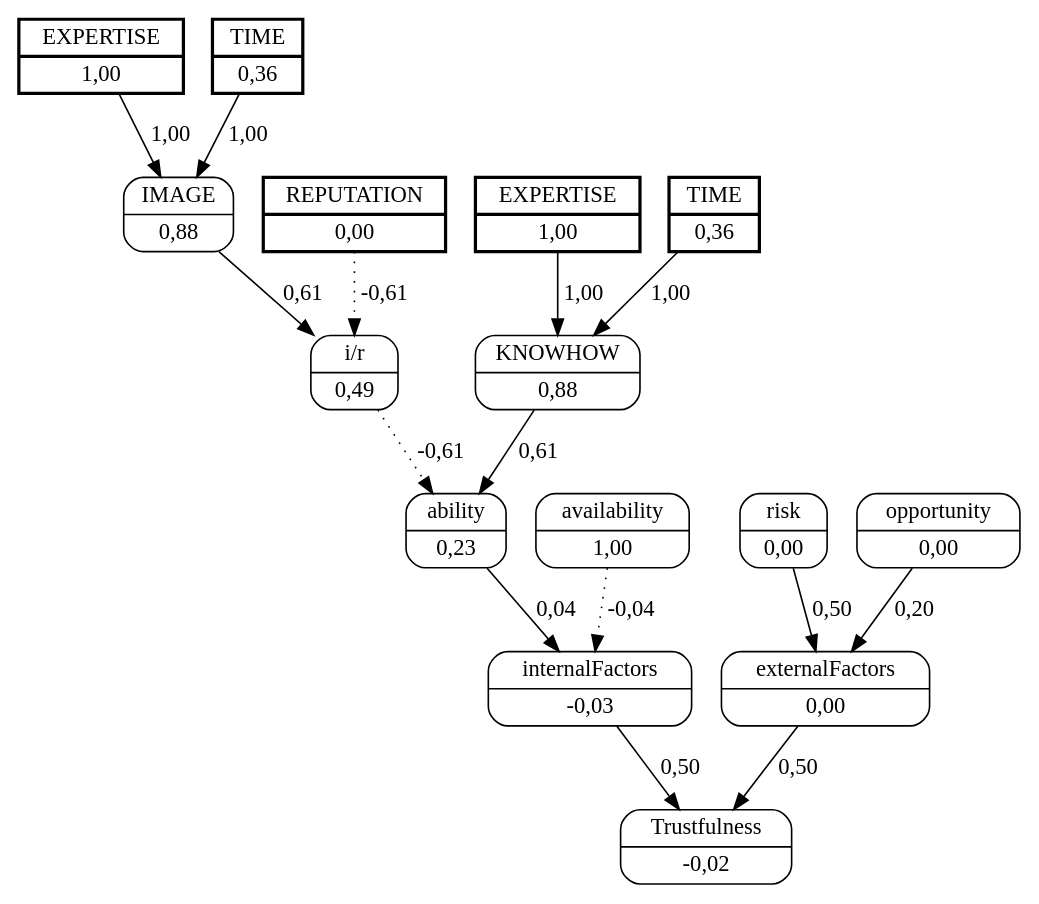
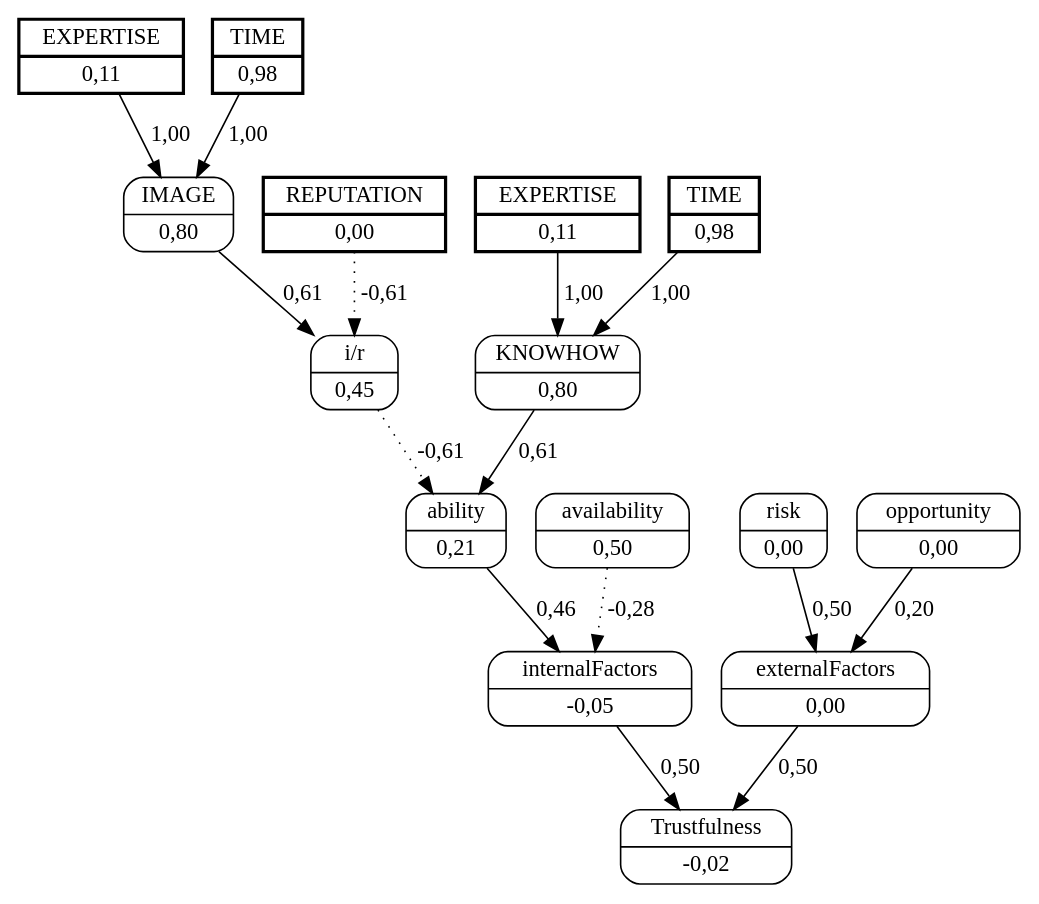
One commit to jjbaqueta/unload_experiment changed the diagram in unload_boxes/dots/worker_2helper_5.dot. Above: the diagram before and after it, drawn with Graphviz. The commit also changed 297 other files, not shown here.

```diff
--- a/unload_boxes/dots/worker_2helper_5.dot
+++ b/unload_boxes/dots/worker_2helper_5.dot
@@ -1,34 +1,34 @@
 digraph FCM_net{
 	node [shape=record, style=rounded]
-	11 [label="{EXPERTISE | 1,00}", style=bold, penwidth=2, peripheries=2];
-	12 [label="{TIME | 0,36}", style=bold, penwidth=2, peripheries=2];
+	11 [label="{EXPERTISE | 0,11}", style=bold, penwidth=2, peripheries=2];
+	12 [label="{TIME | 0,98}", style=bold, penwidth=2, peripheries=2];
 	1 [label="{REPUTATION | 0,00}", style=bold, penwidth=2, peripheries=2];
-	13 [label="{EXPERTISE | 1,00}", style=bold, penwidth=2, peripheries=2];
-	14 [label="{TIME | 0,36}", style=bold, penwidth=2, peripheries=2];
-	0 [label="{IMAGE | 0,88}"];
+	13 [label="{EXPERTISE | 0,11}", style=bold, penwidth=2, peripheries=2];
+	14 [label="{TIME | 0,98}", style=bold, penwidth=2, peripheries=2];
+	0 [label="{IMAGE | 0,80}"];
 	1 [label="{REPUTATION | 0,00}"];
-	2 [label="{KNOWHOW | 0,88}"];
-	3 [label="{i/r | 0,49}"];
-	4 [label="{ability | 0,23}"];
-	5 [label="{availability | 1,00}"];
-	6 [label="{internalFactors | -0,03}"];
+	2 [label="{KNOWHOW | 0,80}"];
+	3 [label="{i/r | 0,45}"];
+	4 [label="{ability | 0,21}"];
+	5 [label="{availability | 0,50}"];
+	6 [label="{internalFactors | -0,05}"];
 	7 [label="{risk | 0,00}"];
 	8 [label="{opportunity | 0,00}"];
 	9 [label="{externalFactors | 0,00}"];
 	10 [label="{Trustfulness | -0,02}"];
-	11 [label="{EXPERTISE | 1,00}"];
+	11 [label="{EXPERTISE | 0,11}"];
 	0 -> 3 [label = "0,61"];
 	1 -> 3 [label = "-0,61", style=dotted];
 	3 -> 4 [label = "-0,61", style=dotted];
 	2 -> 4 [label = "0,61"];
-	4 -> 6 [label = "0,04"];
-	5 -> 6 [label = "-0,04", style=dotted];
+	4 -> 6 [label = "0,46"];
+	5 -> 6 [label = "-0,28", style=dotted];
 	6 -> 10 [label = "0,50"];
 	7 -> 9 [label = "0,50"];
 	8 -> 9 [label = "0,20"];
 	9 -> 10 [label = "0,50"];
 	11 -> 0 [label = "1,00"];
 	12 -> 0 [label = "1,00"];
 	13 -> 2 [label = "1,00"];
 	14 -> 2 [label = "1,00"];
 }
```
